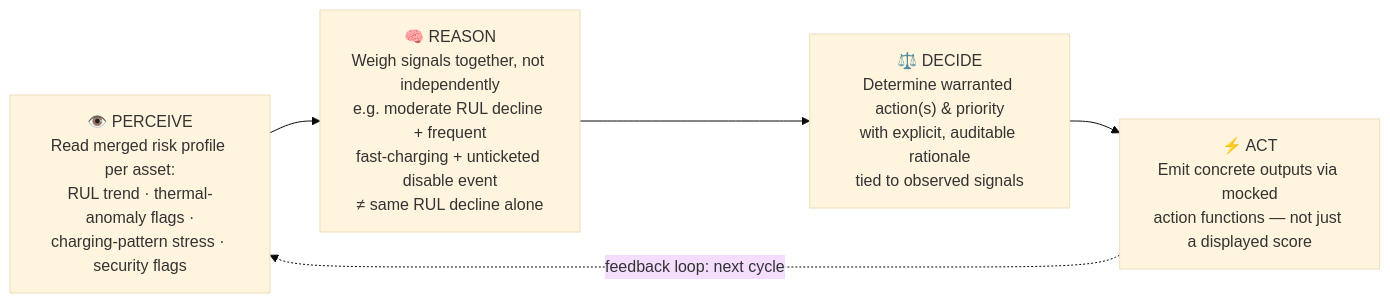
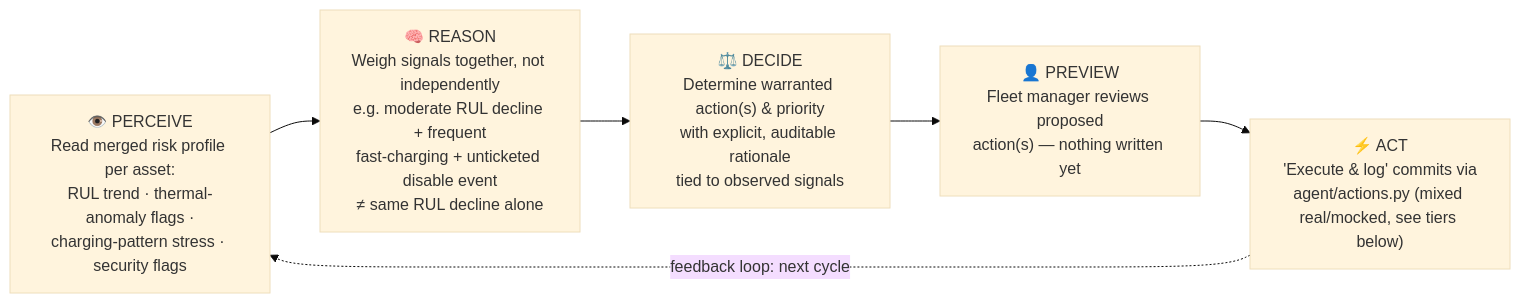
One commit to Yash2642k5/VOLTSENTINEL changed the third of 6 diagrams in README.md. Above: the diagram before and after it, drawn with Mermaid (base theme). The commit also changed other lines of this file, not shown here.

````diff
--- a/README.md
+++ b/README.md
@@ -227,10 +251,11 @@
 ```mermaid
 flowchart LR
     P["👁️ PERCEIVE<br/>Read merged risk profile per asset:<br/>RUL trend · thermal-anomaly flags ·<br/>charging-pattern stress · security flags"]
     R["🧠 REASON<br/>Weigh signals together, not independently<br/>e.g. moderate RUL decline + frequent<br/>fast-charging + unticketed disable event<br/>≠ same RUL decline alone"]
     D["⚖️ DECIDE<br/>Determine warranted action(s) & priority<br/>with explicit, auditable rationale<br/>tied to observed signals"]
-    Ac["⚡ ACT<br/>Emit concrete outputs via mocked<br/>action functions — not just a displayed score"]
+    Pv["👤 PREVIEW<br/>Fleet manager reviews proposed<br/>action(s) — nothing written yet"]
+    Ac["⚡ ACT<br/>'Execute & log' commits via<br/>agent/actions.py (mixed real/mocked, see tiers below)"]
 
-    P --> R --> D --> Ac
+    P --> R --> D --> Pv --> Ac
     Ac -.->|feedback loop: next cycle| P
 ```
````
